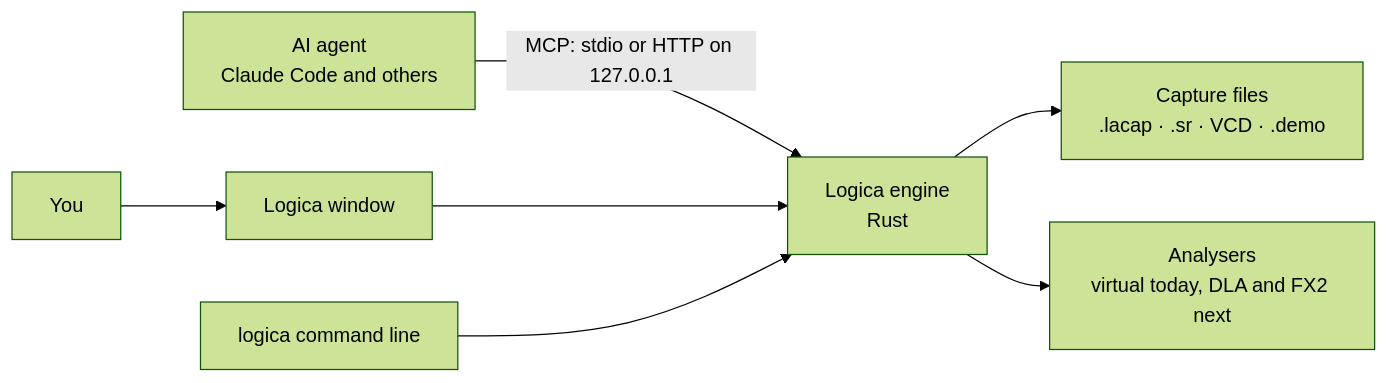
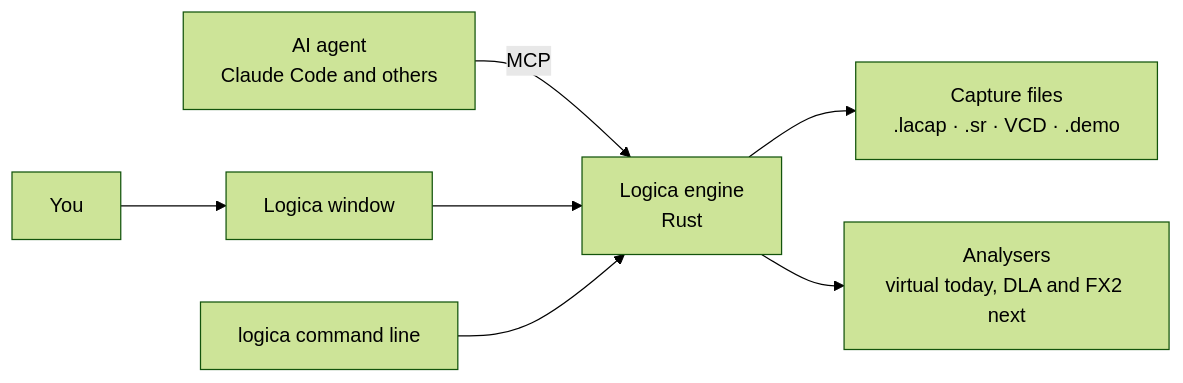
One commit to felix-homelab/logica-rust changed the diagram in README.md. Above: the diagram before and after it, drawn with Mermaid (forest theme). The commit also changed other lines of this file, not shown here.

````diff
--- a/README.md
+++ b/README.md
@@ -37,9 +37,9 @@
 ```mermaid
 flowchart LR
   P[You] --> W[Logica window]
-  A[AI agent<br/>Claude Code and others] -->|MCP: stdio or HTTP on 127.0.0.1| E
+  A[AI agent<br/>Claude Code and others] -->|MCP| E
   W --> E[Logica engine<br/>Rust]
   C[logica command line] --> E
   E --> F[Capture files<br/>.lacap · .sr · VCD · .demo]
   E --> D[Analysers<br/>virtual today, DLA and FX2 next]
 ```
````
